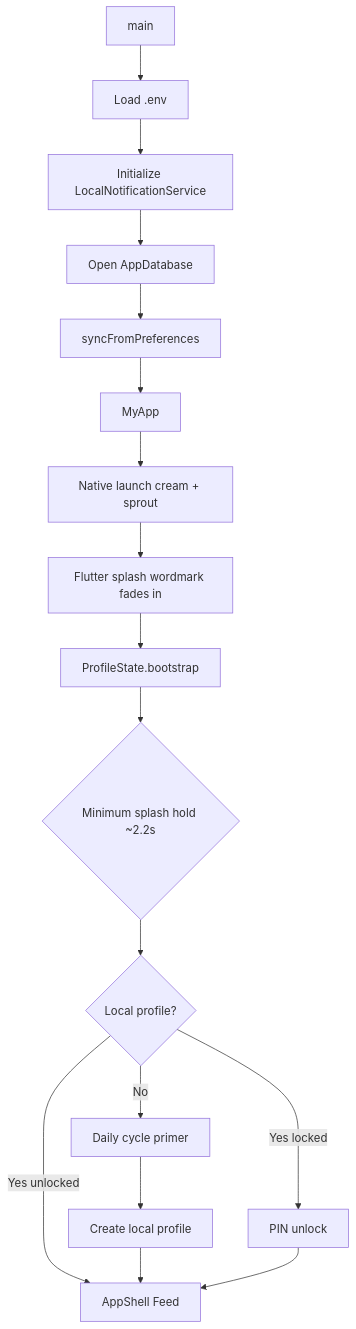
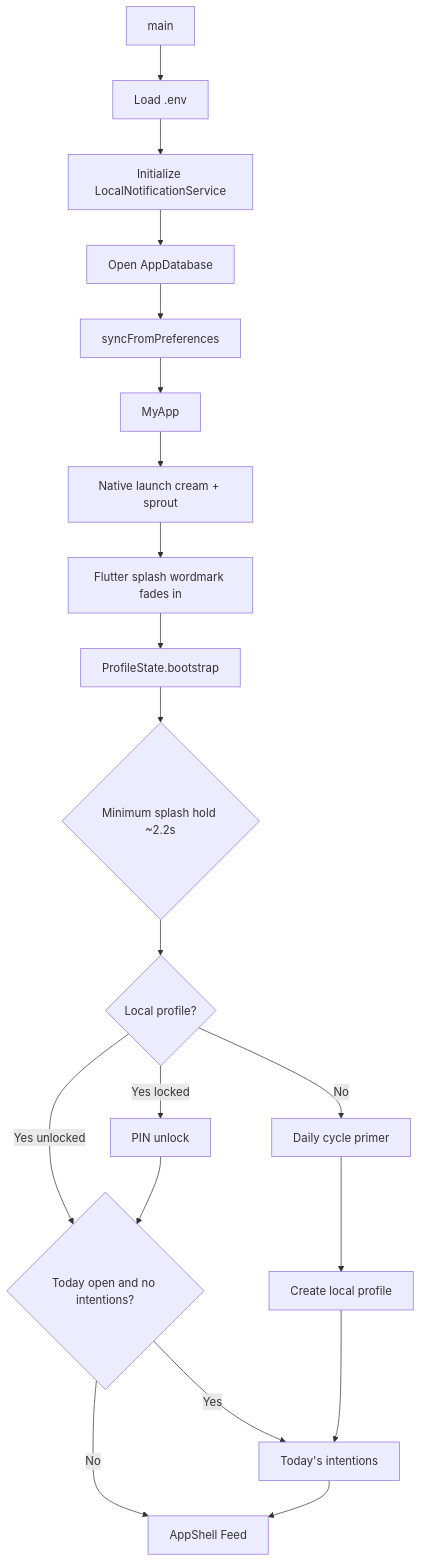
Before and after one commit to chingalo-family/slow-journey: the first of 4 diagrams in docs/diagrams/app-flows.md, drawn with Mermaid. The commit also changed other lines of this file and 9 other files, not shown here.

Commit message:
feat: Enhance user flow for PIN unlock and intentions setup, update notifications and planner documentation

````diff
--- a/docs/diagrams/app-flows.md
+++ b/docs/diagrams/app-flows.md
@@ -5,19 +5,22 @@
 ```mermaid
 flowchart TD
   start[main] --> env[Load .env]
   env --> notif[Initialize LocalNotificationService]
   notif --> db[Open AppDatabase]
   db --> syncRem[syncFromPreferences]
   syncRem --> app[MyApp]
   app --> native[Native launch cream + sprout]
   native --> splash[Flutter splash wordmark fades in]
   splash --> boot[ProfileState.bootstrap]
   boot --> hold{Minimum splash hold ~2.2s}
   hold --> none{Local profile?}
   none -->|No| cycle[Daily cycle primer]
   none -->|Yes locked| pin[PIN unlock]
-  none -->|Yes unlocked| shell[AppShell Feed]
+  none -->|Yes unlocked| intentions{Today open and no intentions?}
+  intentions -->|Yes| set[Today's intentions]
+  intentions -->|No| shell[AppShell Feed]
+  set --> shell
   cycle --> welcome[Create local profile]
-  welcome --> shell
-  pin --> shell
+  welcome --> set
+  pin --> intentions
 ```
````
